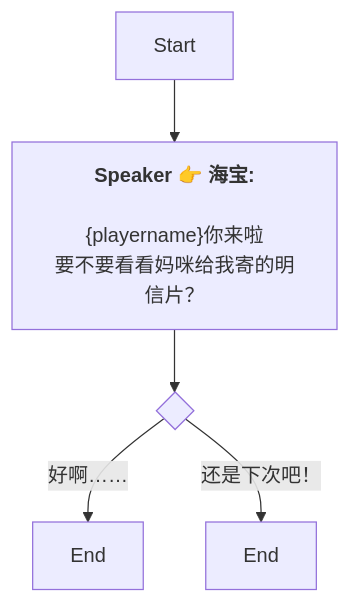
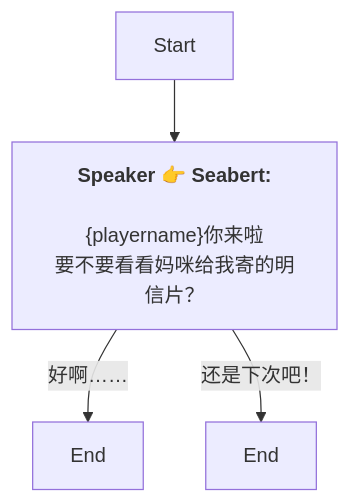
Before and after one commit to SoftHu/tos_avg: the diagram in Zh/QuestTalkObjectiveNode_1753752288090526.md, drawn with Mermaid. The commit also changed 737 other files, not shown here.

````diff
--- a/Zh/QuestTalkObjectiveNode_1753752288090526.md
+++ b/Zh/QuestTalkObjectiveNode_1753752288090526.md
@@ -1,11 +1,9 @@
 ```mermaid
 graph
-Start -->1753752340862378[<b>Speaker 👉 海宝:</b>
+Start -->1753752340862378[<b>Speaker 👉 Seabert:</b>
+\n&lbrace;playername&rbrace;你来啦
+要不要看看妈咪给我寄的明信片？]
+1753752340862378 -->|好啊……|1753752340863406[End]
+1753752340862378 -->|还是下次吧！|1753752340863407[End]
 
-&lbrace;playername&rbrace;你来啦
-要不要看看妈咪给我寄的明信片？]
-1753752340862378 -->1753752340862381{ }
-1753752340862381 -->|好啊……|1753752340863406[End]
-1753752340862381 -->|还是下次吧！|1753752340863407[End]
-
- ```
+```
````
